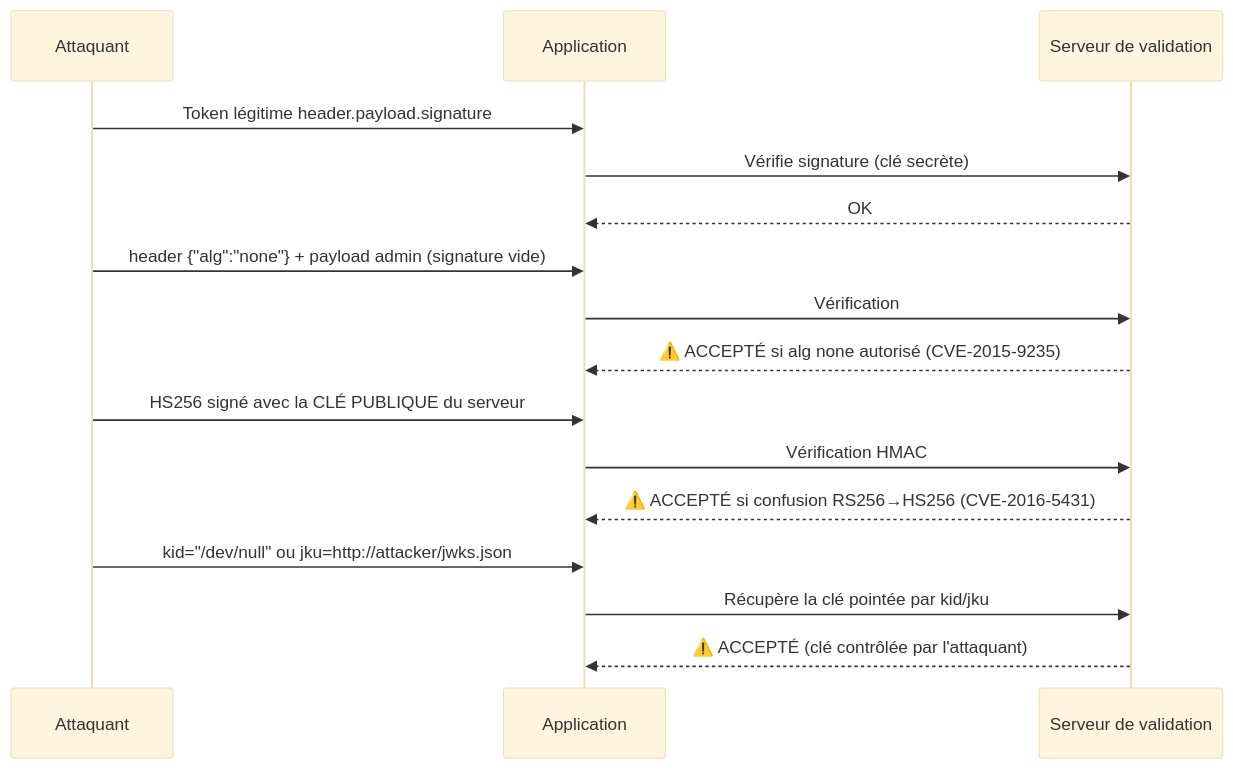
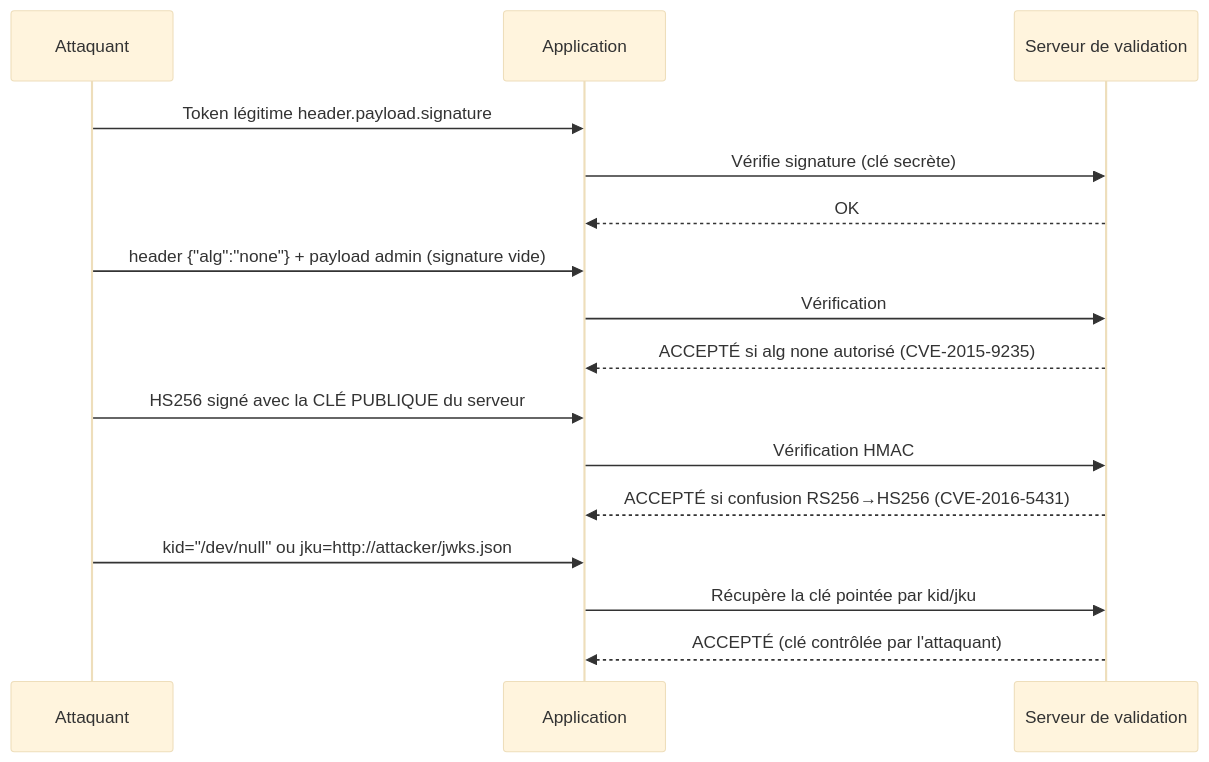
One commit to F0X-hack/foxhack.fr changed the diagram in public/offsidian/vault/Cybersécurité Offensive/Techniques/Attaques JWT.md. Above: the diagram before and after it, drawn with Mermaid (base theme). The commit also changed other lines of this file and 369 other files, not shown here.

````diff
--- a/public/offsidian/vault/Cybersécurité Offensive/Techniques/Attaques JWT.md
+++ b/public/offsidian/vault/Cybersécurité Offensive/Techniques/Attaques JWT.md
@@ -28,22 +28,22 @@
 ```mermaid
 sequenceDiagram
     participant Att as Attaquant
     participant App as Application
     participant Srv as Serveur de validation
 
     Att->>App: Token légitime header.payload.signature
     App->>Srv: Vérifie signature (clé secrète)
     Srv-->>App: OK
 
     Att->>App: header {"alg":"none"} + payload admin (signature vide)
     App->>Srv: Vérification
-    Srv-->>App: ⚠️ ACCEPTÉ si alg none autorisé (CVE-2015-9235)
+    Srv-->>App: ACCEPTÉ si alg none autorisé (CVE-2015-9235)
 
     Att->>App: HS256 signé avec la CLÉ PUBLIQUE du serveur
     App->>Srv: Vérification HMAC
-    Srv-->>App: ⚠️ ACCEPTÉ si confusion RS256→HS256 (CVE-2016-5431)
+    Srv-->>App: ACCEPTÉ si confusion RS256→HS256 (CVE-2016-5431)
 
     Att->>App: kid="/dev/null" ou jku=http://attacker/jwks.json
     App->>Srv: Récupère la clé pointée par kid/jku
-    Srv-->>App: ⚠️ ACCEPTÉ (clé contrôlée par l'attaquant)
+    Srv-->>App: ACCEPTÉ (clé contrôlée par l'attaquant)
 ```
````
